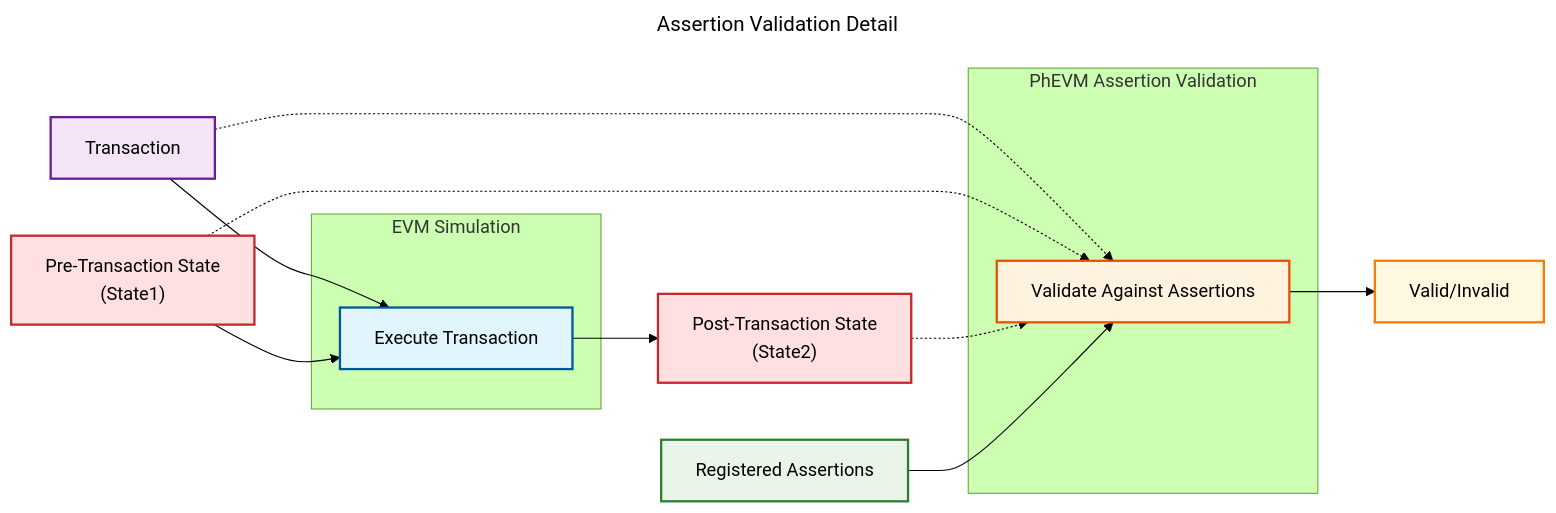
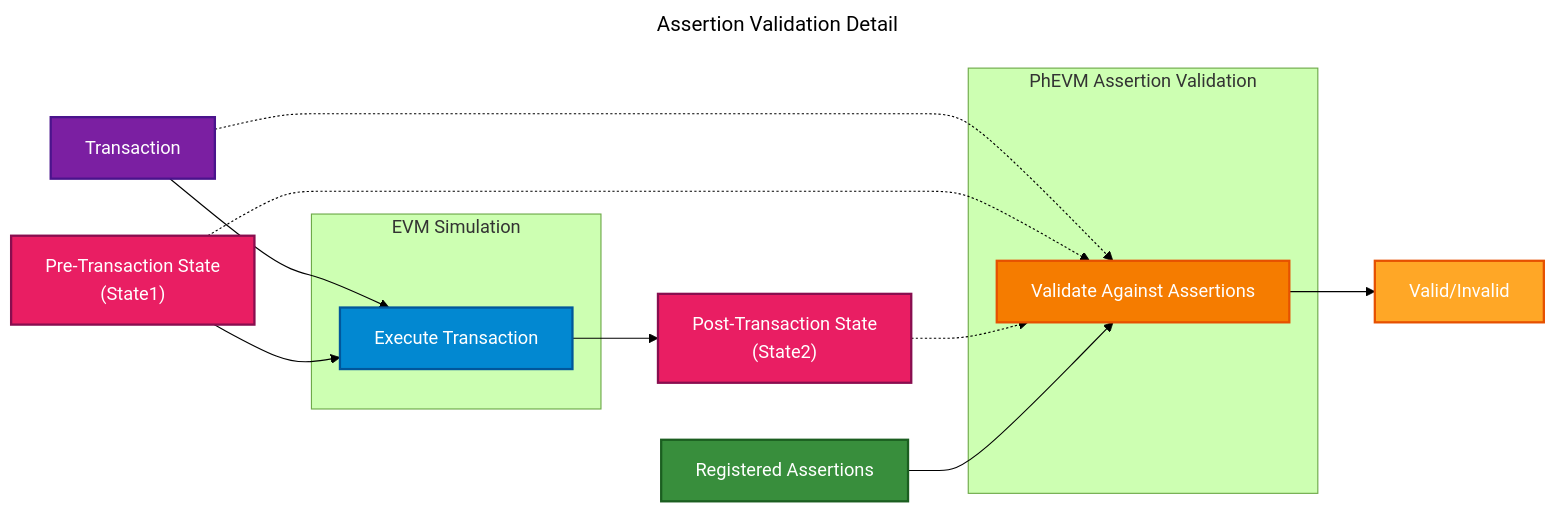
Before and after one commit to phylaxsystems/phylax-docs: the second of 3 diagrams in credible/credible-introduction.mdx, drawn with Mermaid (forest theme). The commit also changed other lines of this file and 2 other files, not shown here.

Commit message:
update color highlight for theme to phylax blue, fix colors of mermaid diagrams to work in light and dark mode

````diff
--- a/credible/credible-introduction.mdx
+++ b/credible/credible-introduction.mdx
@@ -118,46 +118,46 @@
 ```mermaid
 ---
 title: Assertion Validation Detail
 ---
 flowchart LR
     TX["Transaction"]
     STATE1["Pre-Transaction State<br/>(State1)"]
 
     subgraph simulation["EVM Simulation"]
         EVM["Execute Transaction"]
     end
 
     STATE2["Post-Transaction State<br/>(State2)"]
 
     subgraph validation["PhEVM Assertion Validation"]
         PhEVM["Validate Against Assertions"]
     end
 
     ASSERTIONS["Registered Assertions"]
     RESULT["Valid/Invalid"]
 
     TX --> EVM
     STATE1 --> EVM
     EVM --> STATE2
 
     TX -.-> PhEVM
     STATE1 -.-> PhEVM
     STATE2 -.-> PhEVM
     ASSERTIONS --> PhEVM
 
     PhEVM --> RESULT
 
-    classDef state fill:#ffe0e0,stroke:#c62828,stroke-width:2px
-    classDef evm fill:#e1f5fe,stroke:#01579b,stroke-width:2px
-    classDef phevm fill:#fff3e0,stroke:#e65100,stroke-width:2px
-    classDef assertions fill:#e8f5e8,stroke:#2e7d32,stroke-width:2px
-    classDef tx fill:#f3e5f5,stroke:#6a1b9a,stroke-width:2px
-    classDef result fill:#fff8e1,stroke:#f57c00,stroke-width:2px
+    classDef state fill:#e91e63,stroke:#880e4f,stroke-width:2px,color:#fff
+    classDef evm fill:#0288d1,stroke:#01579b,stroke-width:2px,color:#fff
+    classDef phevm fill:#f57c00,stroke:#e65100,stroke-width:2px,color:#fff
+    classDef assertions fill:#388e3c,stroke:#1b5e20,stroke-width:2px,color:#fff
+    classDef tx fill:#7b1fa2,stroke:#4a148c,stroke-width:2px,color:#fff
+    classDef result fill:#ffa726,stroke:#e65100,stroke-width:2px,color:#fff
 
     class STATE1,STATE2 state
     class EVM evm
     class PhEVM phevm
     class ASSERTIONS assertions
     class TX tx
     class RESULT result
 ```
````
